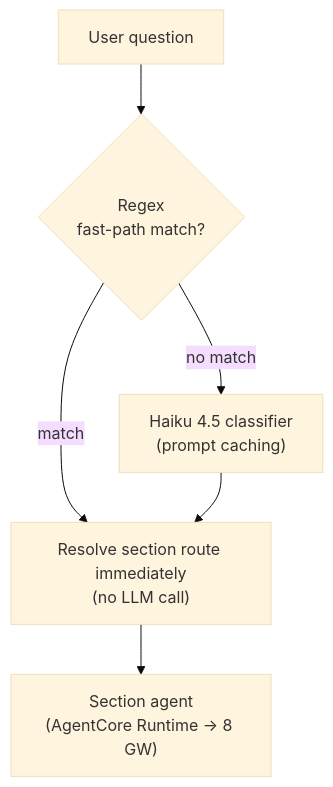
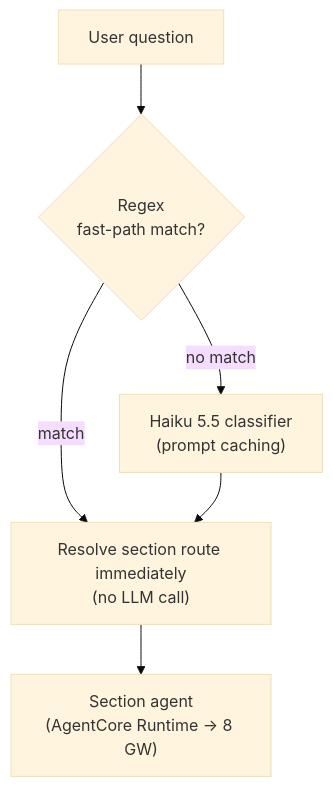
One commit to aws-samples/sample-awsops changed the third of 4 diagrams in docs-site/i18n/en/docusaurus-plugin-content-docs/current/faq/architecture.md. Above: the diagram before and after it, drawn with Mermaid (base theme). The commit also changed other lines of this file and 64 other files, not shown here.

````diff
--- a/docs-site/i18n/en/docusaurus-plugin-content-docs/current/faq/architecture.md
+++ b/docs-site/i18n/en/docusaurus-plugin-content-docs/current/faq/architecture.md
@@ -127,8 +127,8 @@
 ```mermaid
 flowchart TD
   Q["User question"] --> REGEX{"Regex<br/>fast-path match?"}
   REGEX -->|"match"| ROUTE["Resolve section route immediately<br/>(no LLM call)"]
-  REGEX -->|"no match"| HAIKU["Haiku 4.5 classifier<br/>(prompt caching)"]
+  REGEX -->|"no match"| HAIKU["Haiku 5.5 classifier<br/>(prompt caching)"]
   HAIKU --> ROUTE
   ROUTE --> AGENT["Section agent<br/>(AgentCore Runtime → 8 GW)"]
 ```
````
